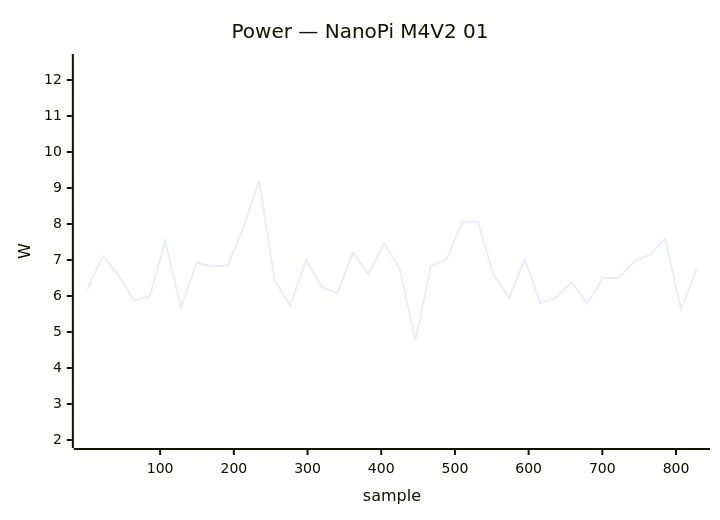
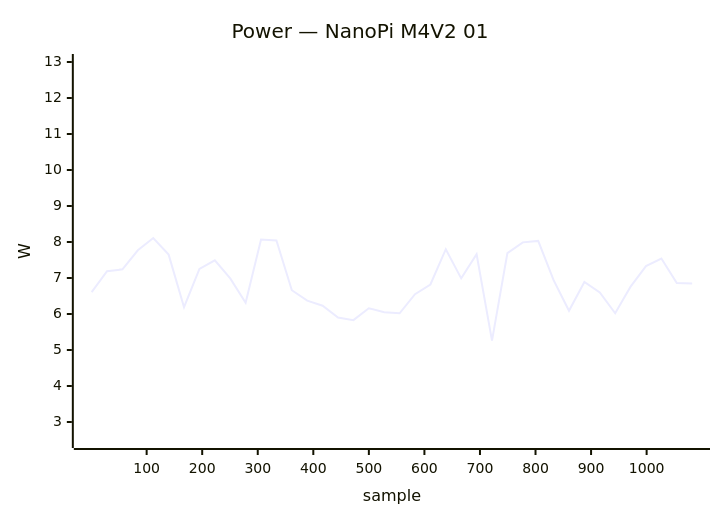
Diagram 20 of 40 in docs/status/board-tests.md (armbian/documentation), drawn with Mermaid before and after one commit. The commit also changed other lines of this file, not shown here.

````diff
--- a/docs/status/board-tests.md
+++ b/docs/status/board-tests.md
@@ -893,7 +899,7 @@
 ```mermaid
 xychart-beta
     title "Power — NanoPi M4V2 01"
-    x-axis "sample" 1 --> 828
-    y-axis "W" 2.0 --> 12.5
-    line [6.18, 7.10, 6.58, 5.87, 5.99, 7.52, 5.67, 6.93, 6.82, 6.85, 7.91, 9.20, 6.44, 5.73, 7.01, 6.26, 6.08, 7.20, 6.61, 7.47, 6.76, 4.78, 6.83, 7.02, 8.06, 8.06, 6.59, 5.95, 7.02, 5.80, 5.96, 6.38, 5.80, 6.50, 6.50, 6.96, 7.14, 7.59, 5.63, 6.75]
+    x-axis "sample" 1 --> 1082
+    y-axis "W" 2.5 --> 13.0
+    line [6.61, 7.19, 7.24, 7.77, 8.11, 7.65, 6.19, 7.25, 7.49, 6.99, 6.31, 8.07, 8.04, 6.66, 6.37, 6.23, 5.90, 5.83, 6.16, 6.05, 6.02, 6.55, 6.82, 7.80, 6.99, 7.66, 5.26, 7.69, 7.99, 8.03, 6.94, 6.09, 6.89, 6.60, 6.02, 6.76, 7.33, 7.54, 6.86, 6.85]
 ```
````
